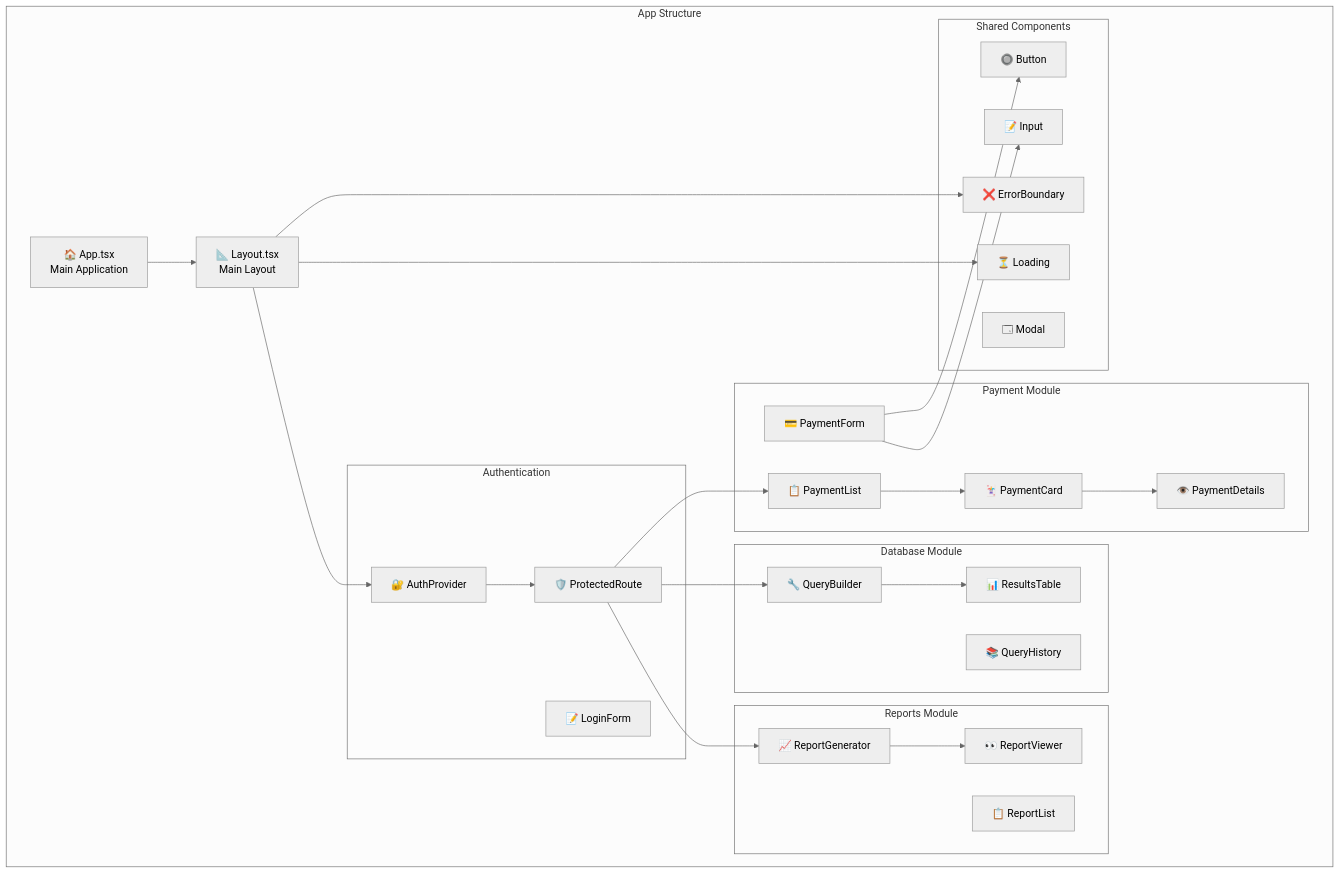
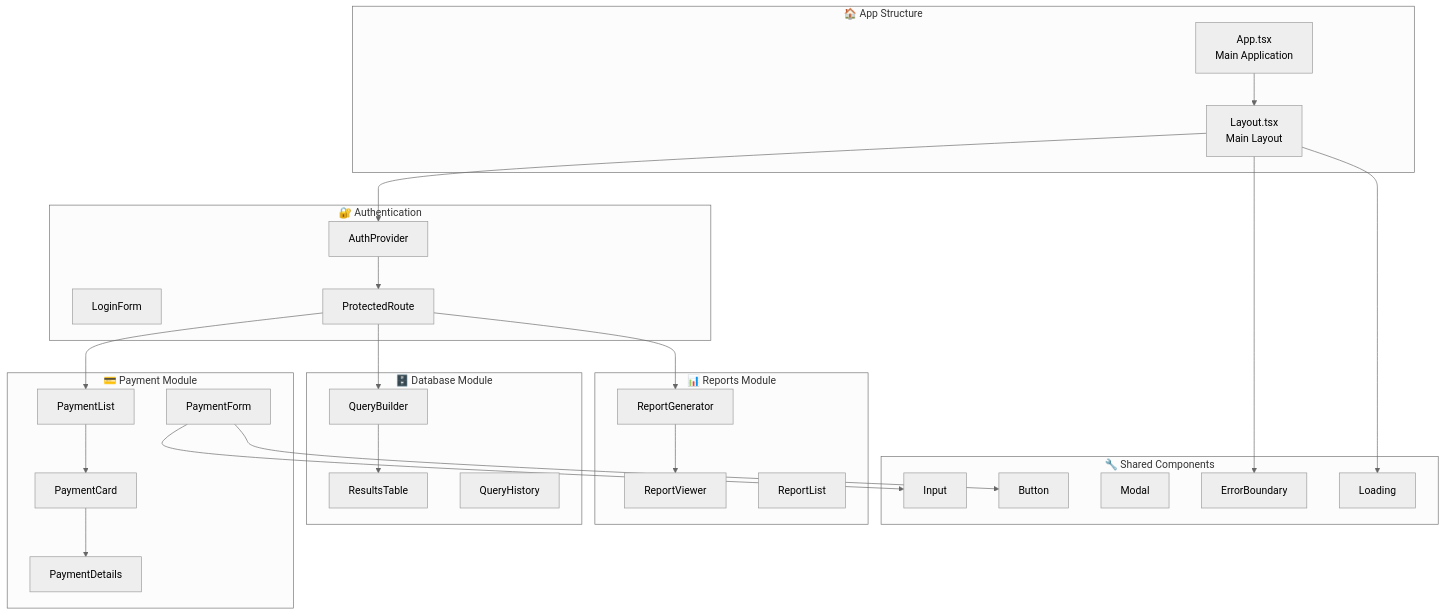
One commit to miguelfiguera/Propuesta-web-mariano changed the first of 6 diagrams in diagramas/arquitectura-frontend.md. Above: the diagram before and after it, drawn with Mermaid (neutral theme). The commit also changed other lines of this file and 3 other files, not shown here.

First line of the commit message:
Consolidate documentation and finalize Mermaid diagrams

````diff
--- a/diagramas/arquitectura-frontend.md
+++ b/diagramas/arquitectura-frontend.md
@@ -5,58 +5,58 @@
 ```mermaid
 graph TD
-    subgraph "App Structure"
-        App[🏠 App.tsx<br/>Main Application]
-        Layout[📐 Layout.tsx<br/>Main Layout]
-        
-        subgraph "Authentication"
-            AuthProvider[🔐 AuthProvider]
-            LoginForm[📝 LoginForm]
-            ProtectedRoute[🛡️ ProtectedRoute]
-        end
-        
-        subgraph "Payment Module"
-            PaymentList[📋 PaymentList]
-            PaymentForm[💳 PaymentForm]
-            PaymentCard[🃏 PaymentCard]
-            PaymentDetails[👁️ PaymentDetails]
-        end
-        
-        subgraph "Database Module"
-            QueryBuilder[🔧 QueryBuilder]
-            ResultsTable[📊 ResultsTable]
-            QueryHistory[📚 QueryHistory]
-        end
-        
-        subgraph "Reports Module"
-            ReportGenerator[📈 ReportGenerator]
-            ReportViewer[👀 ReportViewer]
-            ReportList[📋 ReportList]
-        end
-        
-        subgraph "Shared Components"
-            Button[🔘 Button]
-            Input[📝 Input]
-            Modal[🗔 Modal]
-            Loading[⏳ Loading]
-            ErrorBoundary[❌ ErrorBoundary]
-        end
+    subgraph AppStructure["🏠 App Structure"]
+        App[App.tsx<br/>Main Application]
+        Layout[Layout.tsx<br/>Main Layout]
     end
-    
+
+    subgraph Authentication["🔐 Authentication"]
+        AuthProvider[AuthProvider]
+        LoginForm[LoginForm]
+        ProtectedRoute[ProtectedRoute]
+    end
+
+    subgraph PaymentModule["💳 Payment Module"]
+        PaymentList[PaymentList]
+        PaymentForm[PaymentForm]
+        PaymentCard[PaymentCard]
+        PaymentDetails[PaymentDetails]
+    end
+
+    subgraph DatabaseModule["🗄️ Database Module"]
+        QueryBuilder[QueryBuilder]
+        ResultsTable[ResultsTable]
+        QueryHistory[QueryHistory]
+    end
+
+    subgraph ReportsModule["📊 Reports Module"]
+        ReportGenerator[ReportGenerator]
+        ReportViewer[ReportViewer]
+        ReportList[ReportList]
+    end
+
+    subgraph SharedComponents["🔧 Shared Components"]
+        Button[Button]
+        Input[Input]
+        Modal[Modal]
+        Loading[Loading]
+        ErrorBoundary[ErrorBoundary]
+    end
+
     App --> Layout
     Layout --> AuthProvider
     AuthProvider --> ProtectedRoute
     ProtectedRoute --> PaymentList
     ProtectedRoute --> QueryBuilder
     ProtectedRoute --> ReportGenerator
-    
+
     PaymentList --> PaymentCard
     PaymentCard --> PaymentDetails
     PaymentForm --> Input
     PaymentForm --> Button
-    
+
     QueryBuilder --> ResultsTable
     ReportGenerator --> ReportViewer
-    
+
     Layout --> ErrorBoundary
     Layout --> Loading
 ```
````
